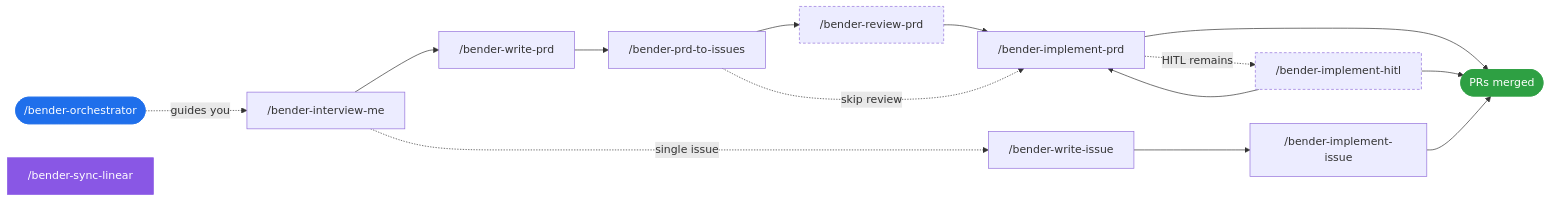
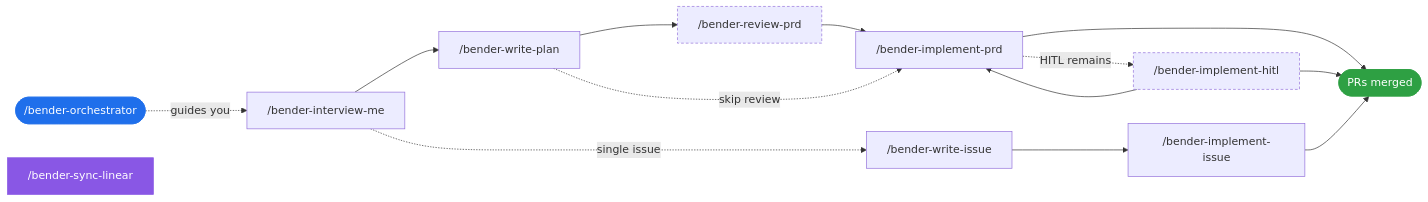
One commit to jasonraimondi/plan-bender changed the diagram in README.md. Above: the diagram before and after it, drawn with Mermaid. The commit also changed other lines of this file and 12 other files, not shown here.

First line of the commit message:
feat(template)!: remove deprecated bender-write-prd and bender-prd-to-issues skills

````diff
--- a/README.md
+++ b/README.md
@@ -142,34 +141,32 @@
 ```mermaid
 flowchart LR
     O(["/bender-orchestrator"]):::entry
     I["/bender-interview-me"]
-    P["/bender-write-prd"]
-    D["/bender-prd-to-issues"]
+    P["/bender-write-plan"]
     R["/bender-review-prd"]:::optional
     M["/bender-implement-prd"]
     H["/bender-implement-hitl"]:::optional
     WI["/bender-write-issue"]
     II["/bender-implement-issue"]
     L["/bender-sync-linear"]:::side
     Done(["PRs merged"]):::done
 
     O -.guides you.-> I
     I --> P
-    P --> D
-    D --> R
+    P --> R
     R --> M
-    D -.skip review.-> M
+    P -.skip review.-> M
     M --> Done
     M -.HITL remains.-> H
     H --> M
     H --> Done
 
     I -.single issue.-> WI
     WI --> II
     II --> Done
 
     classDef entry fill:#1f6feb,stroke:#1f6feb,color:#fff
     classDef optional stroke-dasharray: 4 3
     classDef side fill:#8957e5,stroke:#8957e5,color:#fff
     classDef done fill:#2ea043,stroke:#2ea043,color:#fff
 ```
````
